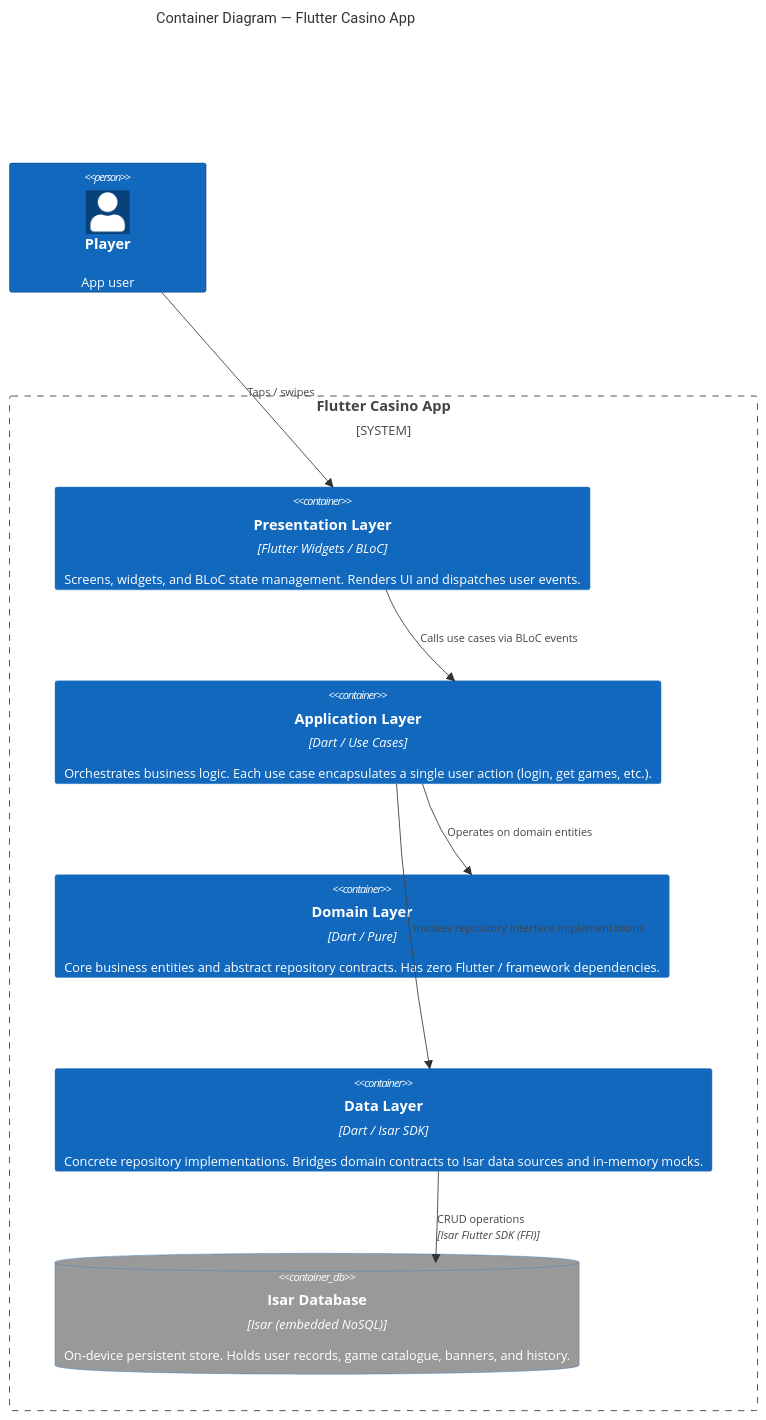
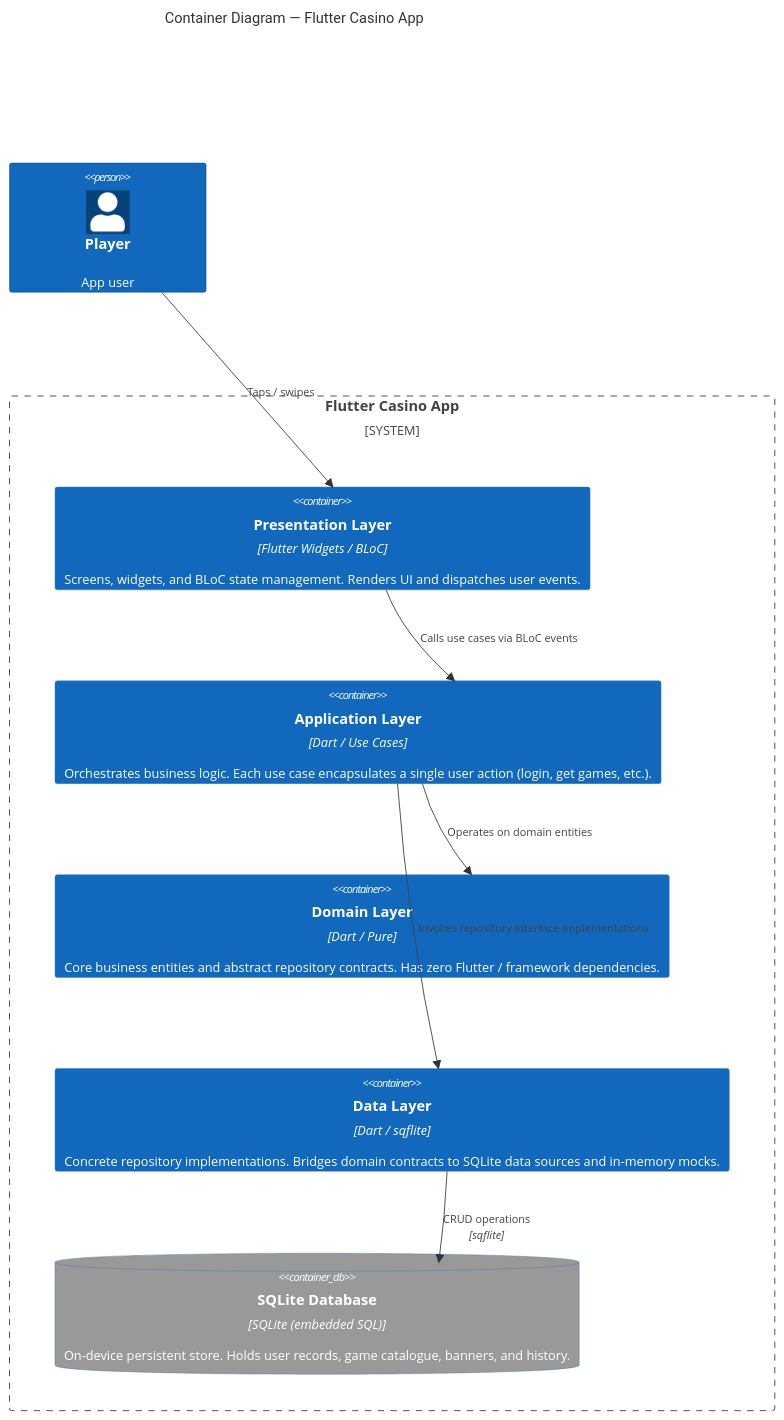
One commit to kovalenko-tech/flutter-casino-platform changed the diagram in docs/c4/02-container.md. Above: the diagram before and after it, drawn with Mermaid. The commit also changed other lines of this file and 4 other files, not shown here.

Commit message:
docs: add C4 architecture section to README, update C4 diagrams (Isar → SQLite)

````diff
--- a/docs/c4/02-container.md
+++ b/docs/c4/02-container.md
@@ -5,27 +5,27 @@
 ```mermaid
 C4Container
     title Container Diagram — Flutter Casino App
 
     Person(player, "Player", "App user")
 
     System_Boundary(app, "Flutter Casino App") {
         Container(ui, "Presentation Layer", "Flutter Widgets / BLoC", "Screens, widgets, and BLoC state management. Renders UI and dispatches user events.")
         Container(app_layer, "Application Layer", "Dart / Use Cases", "Orchestrates business logic. Each use case encapsulates a single user action (login, get games, etc.).")
         Container(domain, "Domain Layer", "Dart / Pure", "Core business entities and abstract repository contracts. Has zero Flutter / framework dependencies.")
-        Container(data, "Data Layer", "Dart / Isar SDK", "Concrete repository implementations. Bridges domain contracts to Isar data sources and in-memory mocks.")
-        ContainerDb(isar_db, "Isar Database", "Isar (embedded NoSQL)", "On-device persistent store. Holds user records, game catalogue, banners, and history.")
+        Container(data, "Data Layer", "Dart / sqflite", "Concrete repository implementations. Bridges domain contracts to SQLite data sources and in-memory mocks.")
+        ContainerDb(isar_db, "SQLite Database", "SQLite (embedded SQL)", "On-device persistent store. Holds user records, game catalogue, banners, and history.")
     }
 
     Rel(player, ui, "Taps / swipes")
     Rel(ui, app_layer, "Calls use cases via BLoC events")
     Rel(app_layer, domain, "Operates on domain entities")
     Rel(app_layer, data, "Invokes repository interface implementations")
-    Rel(data, isar_db, "CRUD operations", "Isar Flutter SDK (FFI)")
+    Rel(data, isar_db, "CRUD operations", "sqflite")
 
     UpdateElementStyle(player, $bgColor="#1168BD", $fontColor="#ffffff")
     UpdateElementStyle(ui, $bgColor="#1168BD", $fontColor="#ffffff")
     UpdateElementStyle(app_layer, $bgColor="#1168BD", $fontColor="#ffffff")
     UpdateElementStyle(domain, $bgColor="#1168BD", $fontColor="#ffffff")
     UpdateElementStyle(data, $bgColor="#1168BD", $fontColor="#ffffff")
     UpdateElementStyle(isar_db, $bgColor="#999999", $fontColor="#ffffff")
 ```
````
